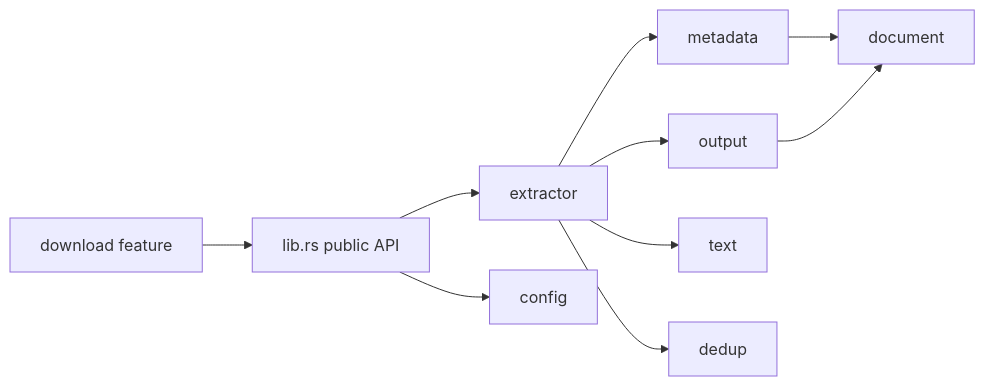
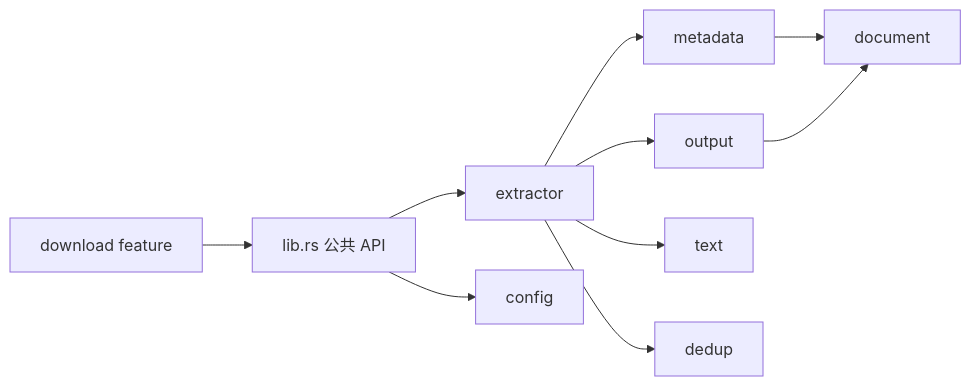
The first of 2 diagrams in docs/TECHNICAL.md (duanshiwen/trafilatura-rust-toolkit-for-agent), drawn with Mermaid before and after one commit. The commit also changed other lines of this file and 4 other files, not shown here.

````diff
--- a/docs/TECHNICAL.md
+++ b/docs/TECHNICAL.md
@@ -11,12 +11,12 @@
 ```mermaid
 graph LR
-    API[lib.rs public API] --> Extractor[extractor]
+    API[lib.rs 公共 API] --> Extractor[extractor]
     API --> Config[config]
     Extractor --> Metadata[metadata]
     Extractor --> Output[output]
     Extractor --> Text[text]
     Extractor --> Dedup[dedup]
     Download[download feature] --> API
     Metadata --> Document[document]
     Output --> Document
 ```
````
